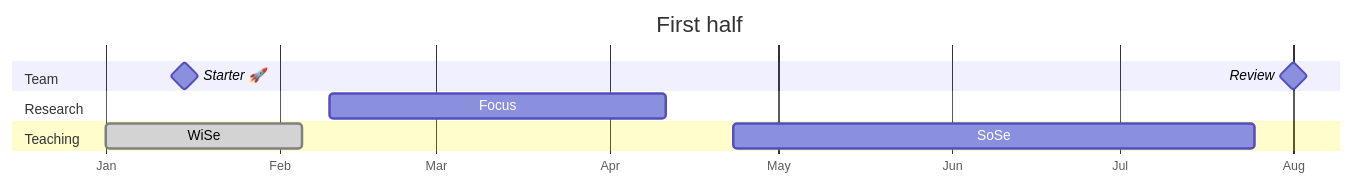
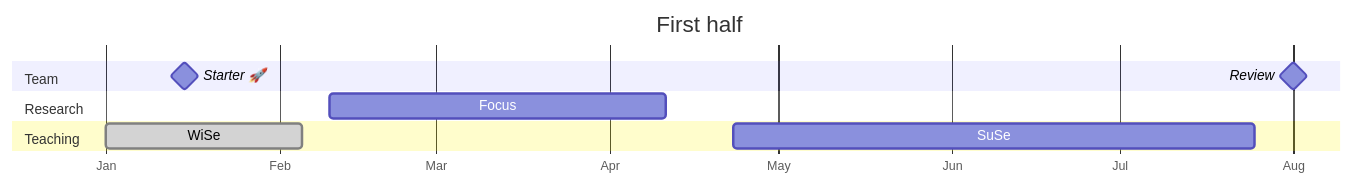
Before and after one commit to digital-work-lab/handbook: the first of 2 diagrams in docs/00.goals.md, drawn with Mermaid. The commit also changed other lines of this file and 35 other files, not shown here.

````diff
--- a/docs/00.goals.md
+++ b/docs/00.goals.md
@@ -71,21 +71,21 @@
 ```mermaid
 ---
 displayMode: compact
 ---
 gantt
     title First half
     dateFormat  YYYY-MM-DD
     todayMarker stroke-width:5px,stroke:red,opacity:0.8
     axisFormat %b
 
     section Team
     Starter 🚀  :milestone, {{ site.time | date: "%Y" }}-01-15, milestone
     Review   :milestone, {{ site.time | date: "%Y" }}-08-01, milestone
 
     section Research
     Focus           :a2, {{ site.time | date: "%Y" }}-02-10, 60d
 
     section Teaching
     WiSe           :done, {{ site.time | date: "%Y" }}-01-01, 35d
-    SoSe           :a1, {{ site.time | date: "%Y" }}-04-23, 93d
+    SuSe           :a1, {{ site.time | date: "%Y" }}-04-23, 93d
 ```
````
